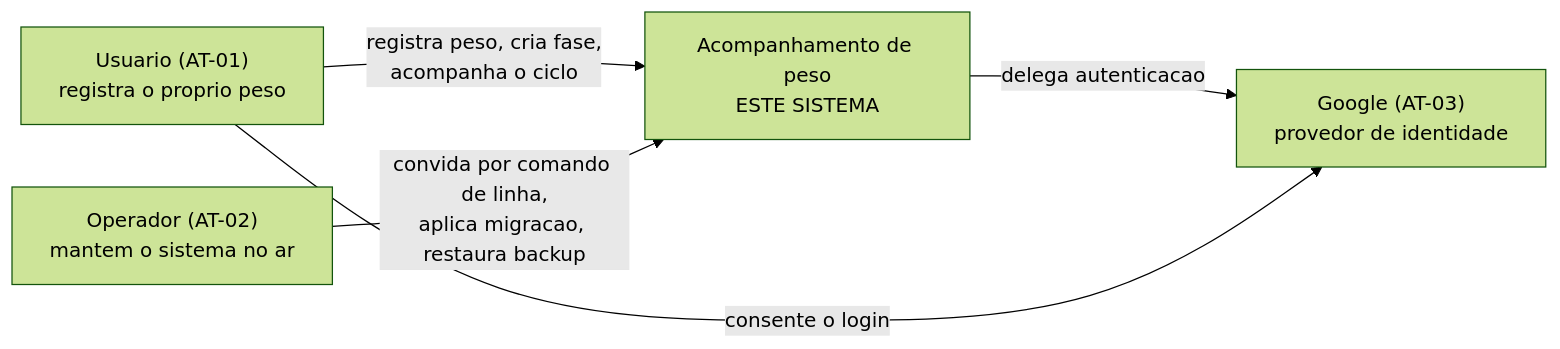
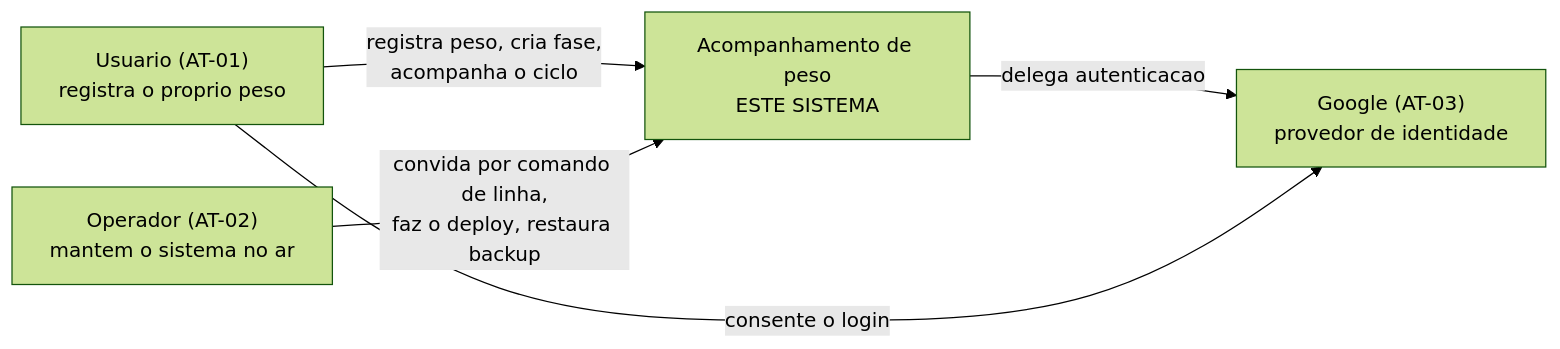
The first of 2 diagrams in especificacao/arquitetura.md (cainavieira/Mbarete), drawn with Mermaid (forest theme) before and after one commit. The commit also changed other lines of this file, not shown here.

````diff
--- a/especificacao/arquitetura.md
+++ b/especificacao/arquitetura.md
@@ -10,12 +10,12 @@
 ```mermaid
 flowchart LR
     U["Usuario (AT-01)<br/>registra o proprio peso"]
     O["Operador (AT-02)<br/>mantem o sistema no ar"]
     S["Acompanhamento de peso<br/>ESTE SISTEMA"]
     G["Google (AT-03)<br/>provedor de identidade"]
 
     U -->|"registra peso, cria fase,<br/>acompanha o ciclo"| S
-    O -->|"convida por comando de linha,<br/>aplica migracao, restaura backup"| S
+    O -->|"convida por comando de linha,<br/>faz o deploy, restaura backup"| S
     S -->|"delega autenticacao"| G
     U -->|"consente o login"| G
 ```
````
